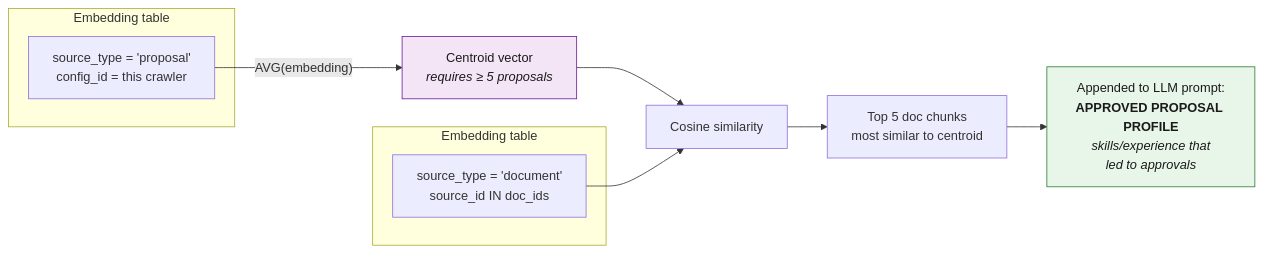
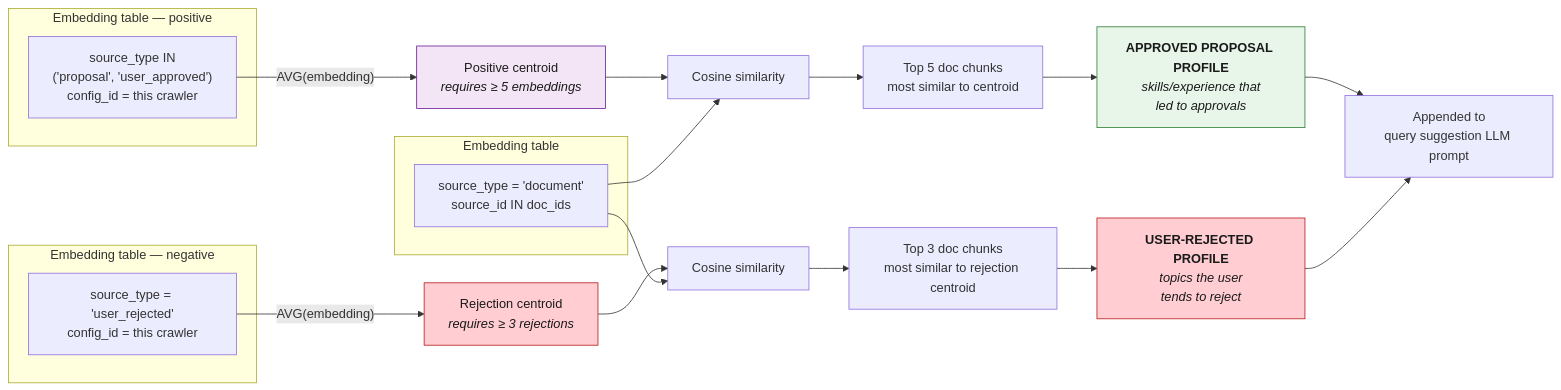
One commit to hubenschmidt/pina-colada changed the eighth of 11 diagrams in README.md. Above: the diagram before and after it, drawn with Mermaid. The commit also changed other lines of this file and 6 other files, not shown here.

Commit message:
embed user feedback on proposal loop

````diff
--- a/README.md
+++ b/README.md
@@ -325,21 +348,36 @@
 ```mermaid
 flowchart LR
-    subgraph PROPOSALS["Embedding table"]
-        PE["source_type = 'proposal'<br/>config_id = this crawler"]
+    subgraph PROPOSALS["Embedding table — positive"]
+        PE["source_type IN<br/>('proposal', 'user_approved')<br/>config_id = this crawler"]
     end
 
-    PE -->|"AVG(embedding)"| CENT["Centroid vector<br/><i>requires ≥ 5 proposals</i>"]
+    PE -->|"AVG(embedding)"| CENT["Positive centroid<br/><i>requires ≥ 5 embeddings</i>"]
+
+    subgraph REJECTIONS["Embedding table — negative"]
+        RE["source_type = 'user_rejected'<br/>config_id = this crawler"]
+    end
+
+    RE -->|"AVG(embedding)"| REJCENT["Rejection centroid<br/><i>requires ≥ 3 rejections</i>"]
 
     subgraph DOCUMENTS["Embedding table"]
         DE["source_type = 'document'<br/>source_id IN doc_ids"]
     end
 
     CENT --> SIM["Cosine similarity"]
     DE --> SIM
+    SIM --> TOP5["Top 5 doc chunks<br/>most similar to centroid"]
+    TOP5 --> CTX["<b>APPROVED PROPOSAL PROFILE</b><br/><i>skills/experience that<br/>led to approvals</i>"]
 
-    SIM --> TOP5["Top 5 doc chunks<br/>most similar to centroid"]
-    TOP5 --> CTX["Appended to LLM prompt:<br/><b>APPROVED PROPOSAL PROFILE</b><br/><i>skills/experience that<br/>led to approvals</i>"]
+    REJCENT --> RSIM["Cosine similarity"]
+    DE --> RSIM
+    RSIM --> TOP3["Top 3 doc chunks<br/>most similar to rejection centroid"]
+    TOP3 --> RCTX["<b>USER-REJECTED PROFILE</b><br/><i>topics the user<br/>tends to reject</i>"]
+
+    CTX --> PROMPT["Appended to<br/>query suggestion LLM prompt"]
+    RCTX --> PROMPT
 
     style CENT fill:#f3e5f5,stroke:#6a1b9a,color:#1a1a1a
+    style REJCENT fill:#ffcdd2,stroke:#b71c1c,color:#1a1a1a
     style CTX fill:#e8f5e9,stroke:#2e7d32,color:#1a1a1a
+    style RCTX fill:#ffcdd2,stroke:#b71c1c,color:#1a1a1a
 ```
````
